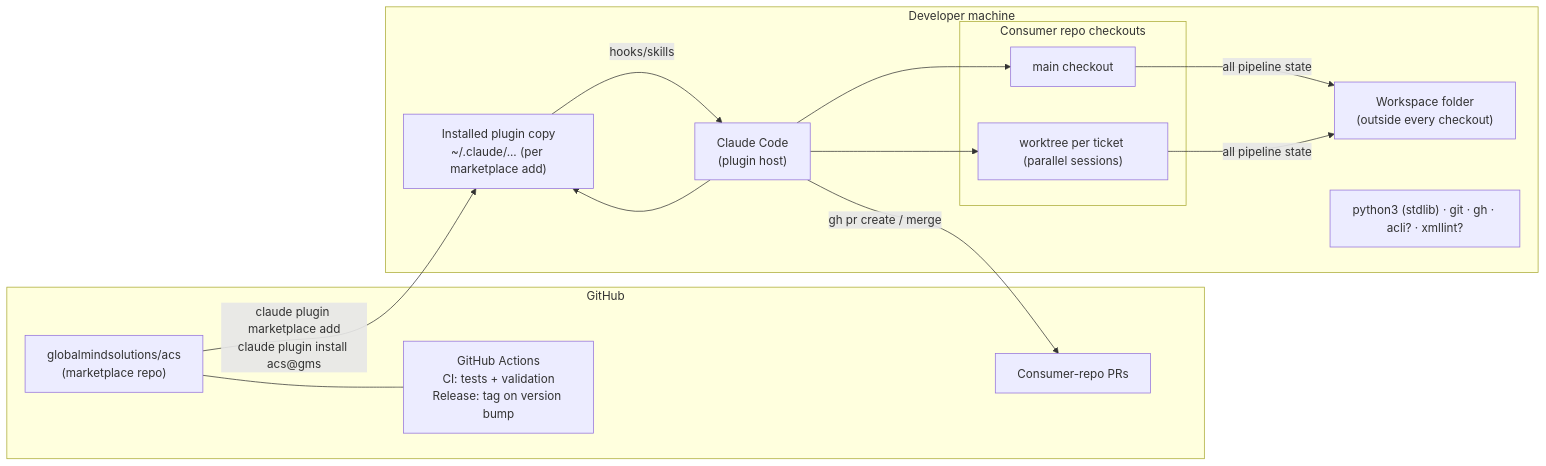
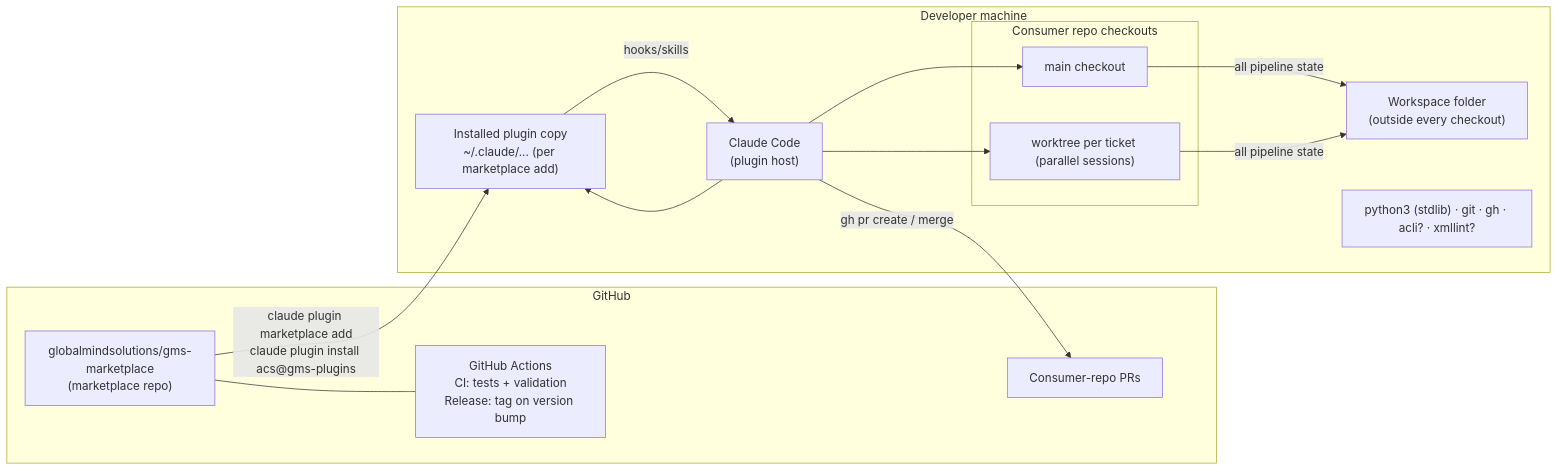
Before and after one commit to globalmindsolutions/gms-marketplace: the diagram in docs/architecture/hld/deployment.md, drawn with Mermaid. The commit also changed 21 other files, not shown here.

First line of the commit message:
Add marketplace version/release policy and rename to gms-plugins

````diff
--- a/docs/architecture/hld/deployment.md
+++ b/docs/architecture/hld/deployment.md
@@ -3,27 +3,27 @@
 ```mermaid
 flowchart LR
     subgraph github["GitHub"]
-        MR["globalmindsolutions/acs<br/>(marketplace repo)"]
+        MR["globalmindsolutions/gms-marketplace<br/>(marketplace repo)"]
         ACT["GitHub Actions<br/>CI: tests + validation<br/>Release: tag on version bump"]
         PRS["Consumer-repo PRs"]
     end
 
     subgraph machine["Developer machine"]
         CC["Claude Code<br/>(plugin host)"]
         PI["Installed plugin copy<br/>~/.claude/... (per marketplace add)"]
         subgraph checkouts["Consumer repo checkouts"]
             CO1["main checkout"]
             CO2["worktree per ticket (parallel sessions)"]
         end
         WS["Workspace folder<br/>(outside every checkout)"]
         PY["python3 (stdlib) · git · gh · acli? · xmllint?"]
     end
 
-    MR -- "claude plugin marketplace add<br/>claude plugin install acs@gms" --> PI
+    MR -- "claude plugin marketplace add<br/>claude plugin install acs@gms-plugins" --> PI
     MR --- ACT
     CC --> PI
     PI -- hooks/skills --> CC
     CC --> CO1 & CO2
     CO1 & CO2 -- "all pipeline state" --> WS
     CC -- "gh pr create / merge" --> PRS
 ```
````
